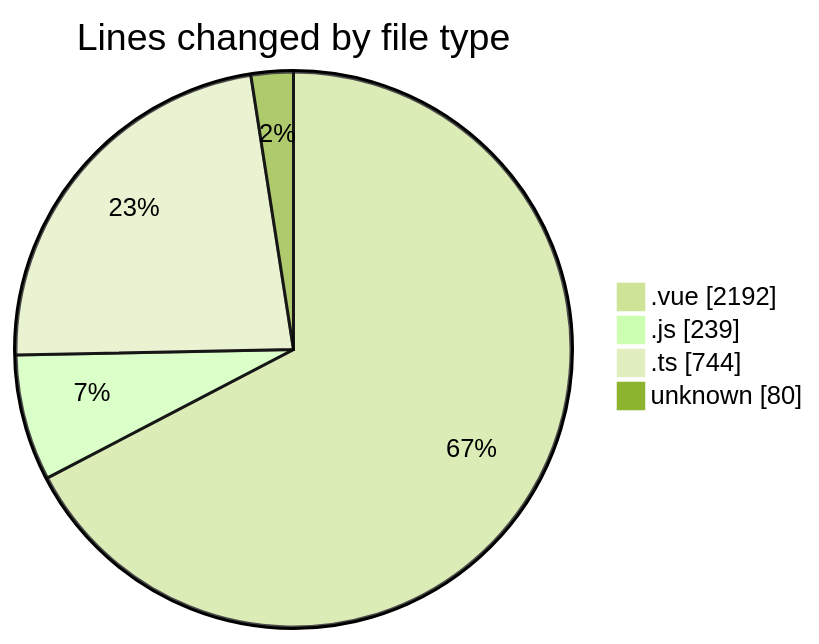
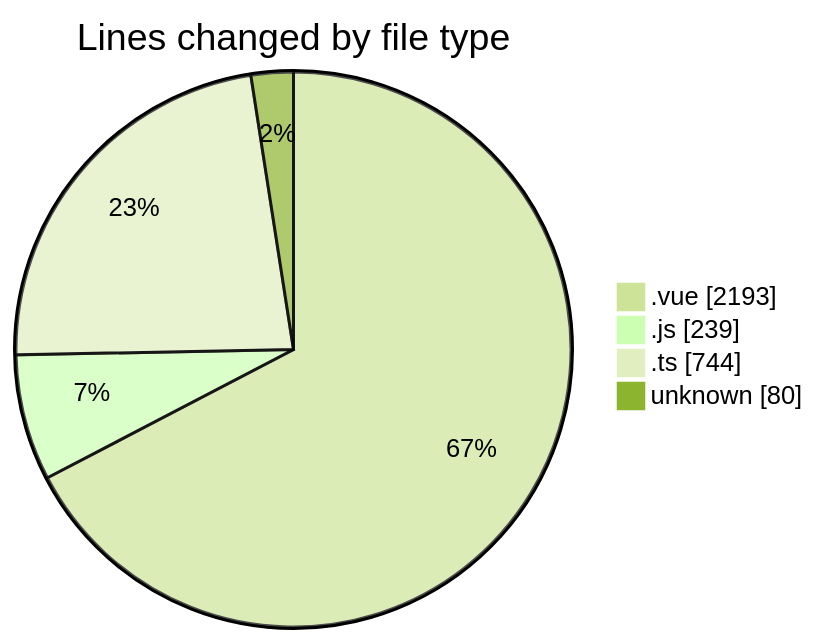
The first of 2 diagrams in 2025-08-11/rentotp/README.md (lephambinh05/code-tracking), drawn with Mermaid (forest theme) before and after one commit. The commit also changed other lines of this file and 1 other file, not shown here.

````diff
--- a/2025-08-11/rentotp/README.md
+++ b/2025-08-11/rentotp/README.md
@@ -36,8 +36,8 @@
 ```mermaid
 pie showData
 title Lines changed by file type
-".vue" : 2192
+".vue" : 2193
 ".js" : 239
 ".ts" : 744
 "unknown" : 80
 ```
````
